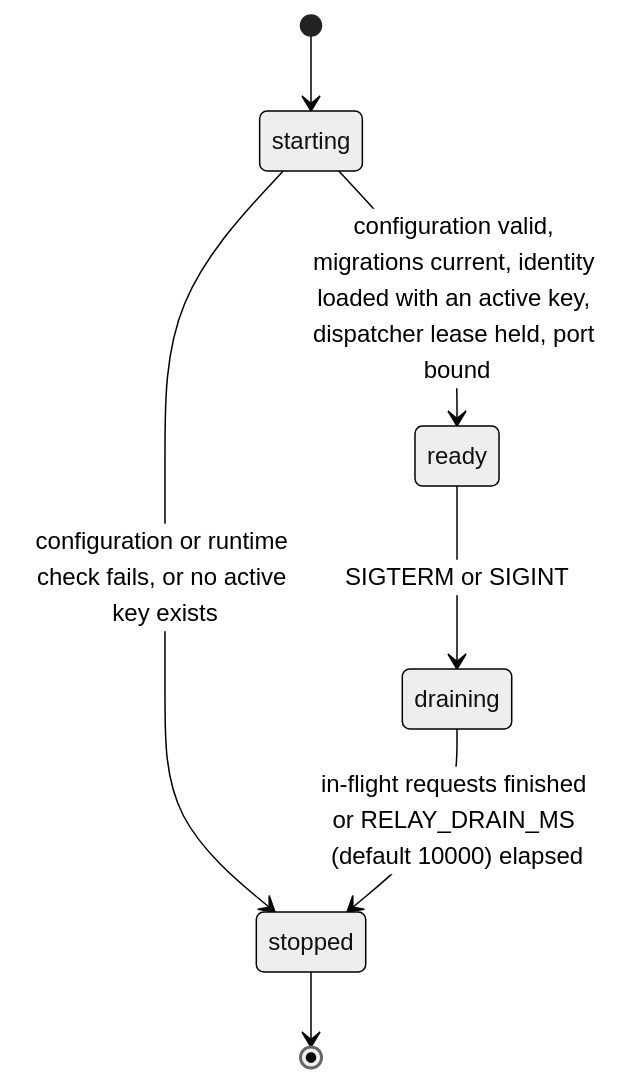
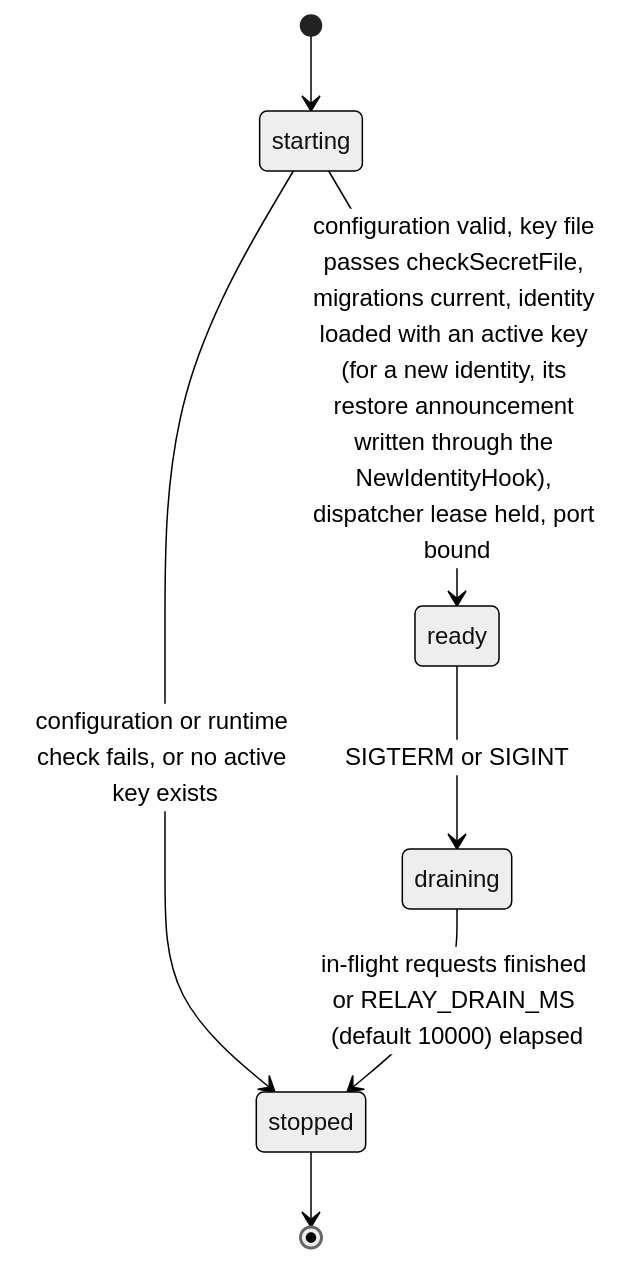
Before and after one commit to djshellshoxxx/CLASSifiedisRUPTed: the first of 2 diagrams in 15_Platform/02_backend/mod_relays/workflow_state_machine.md, drawn with Mermaid (neutral theme). The commit also changed other lines of this file and 334 other files, not shown here.

````diff
--- a/15_Platform/02_backend/mod_relays/workflow_state_machine.md
+++ b/15_Platform/02_backend/mod_relays/workflow_state_machine.md
@@ -26,9 +27,9 @@
 ```mermaid
 stateDiagram-v2
   [*] --> starting
-  starting --> ready: configuration valid, migrations current, identity loaded with an active key, dispatcher lease held, port bound
+  starting --> ready: configuration valid, key file passes checkSecretFile, migrations current, identity loaded with an active key (for a new identity, its restore announcement written through the NewIdentityHook), dispatcher lease held, port bound
   starting --> stopped: configuration or runtime check fails, or no active key exists
   ready --> draining: SIGTERM or SIGINT
   draining --> stopped: in-flight requests finished or RELAY_DRAIN_MS (default 10000) elapsed
   stopped --> [*]
 ```
````
